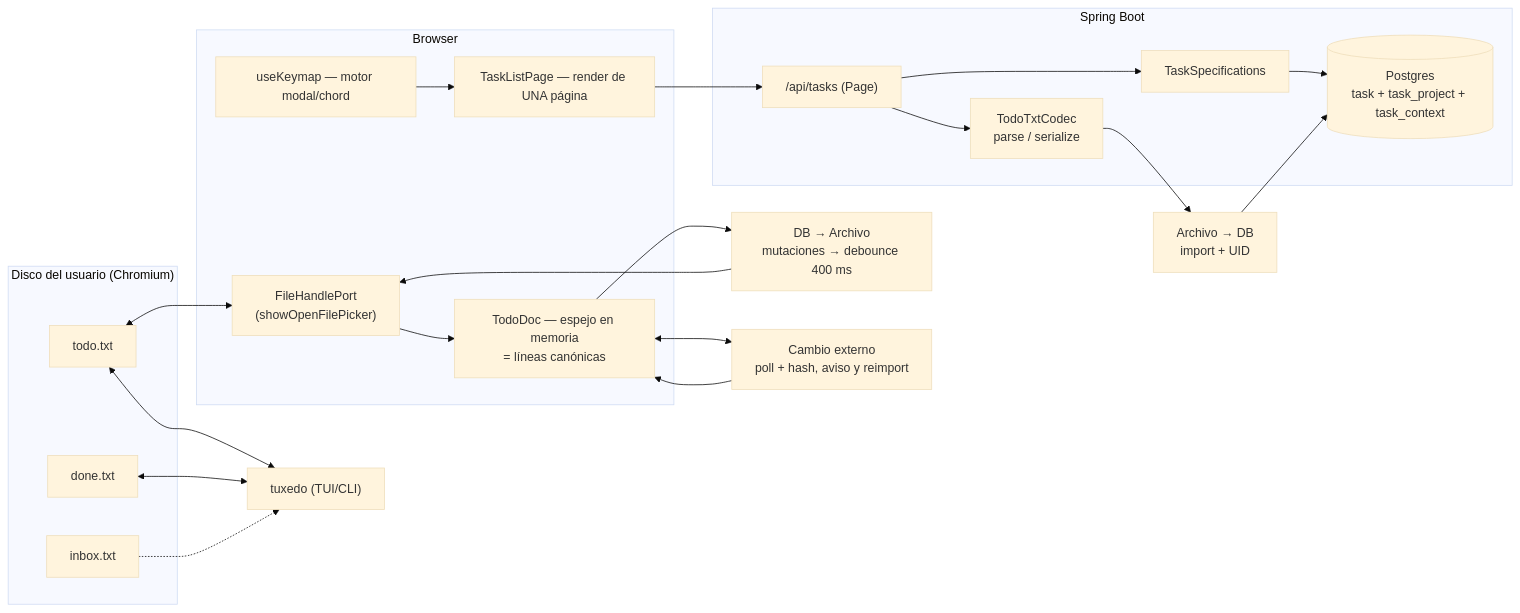
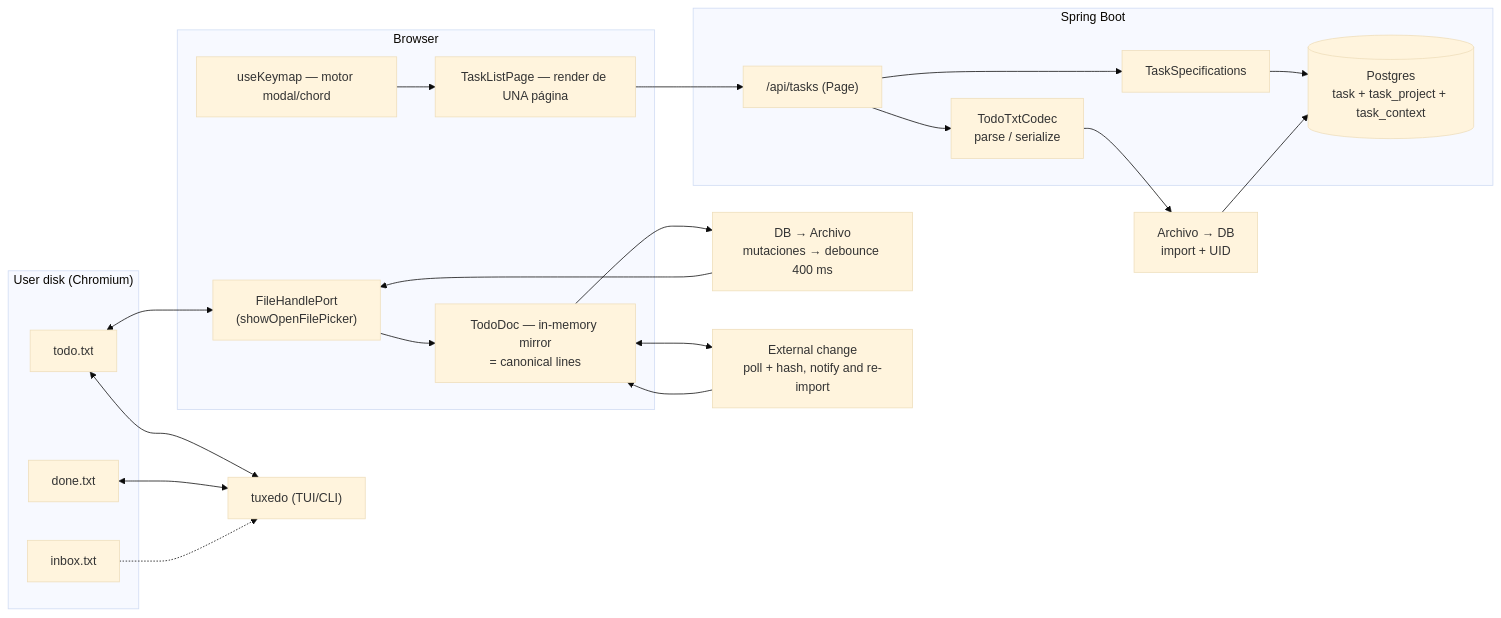
One commit to adop1d/ktlm changed the diagram in docs/tuxedo-compat-plan.md. Above: the diagram before and after it, drawn with Mermaid (base theme). The commit also changed other lines of this file and 99 other files, not shown here.

````diff
--- a/docs/tuxedo-compat-plan.md
+++ b/docs/tuxedo-compat-plan.md
@@ -69,44 +69,44 @@
 ```mermaid
 flowchart LR
-    subgraph disco["Disco del usuario (Chromium)"]
+    subgraph disco["User disk (Chromium)"]
         F["todo.txt"]
         D["done.txt"]
         I["inbox.txt"]
     end
 
     subgraph browser["Browser"]
         FH["FileHandlePort\n(showOpenFilePicker)"]
-        DOC["TodoDoc — espejo en memoria\n= líneas canónicas"]
+        DOC["TodoDoc — in-memory mirror\n= canonical lines"]
         KEYS["useKeymap — motor modal/chord"]
         PAGE["TaskListPage — render de UNA página"]
     end
 
     subgraph server["Spring Boot"]
         API["/api/tasks (Page)"]
         SPEC["TaskSpecifications"]
         T2T["TodoTxtCodec\nparse / serialize"]
         DB[("Postgres\ntask + task_project + task_context")]
     end
 
     TUX["tuxedo (TUI/CLI)"]
     SYNC1["Archivo → DB\nimport + UID"]
     SYNC2["DB → Archivo\nmutaciones → debounce 400 ms"]
-    SYNC3["Cambio externo\npoll + hash, aviso y reimport"]
+    SYNC3["External change\npoll + hash, notify and re-import"]
 
     F <--> FH
     FH --> DOC
     DOC --> SYNC2
     DOC <--> SYNC3
     SYNC3 --> DOC
     F <--> TUX
     D <--> TUX
     I -.-> TUX
 
     KEYS --> PAGE
     PAGE --> API
     API --> SPEC --> DB
     API --> T2T
     T2T --> SYNC1
     SYNC1 --> DB
     SYNC2 --> FH
 ```
````
